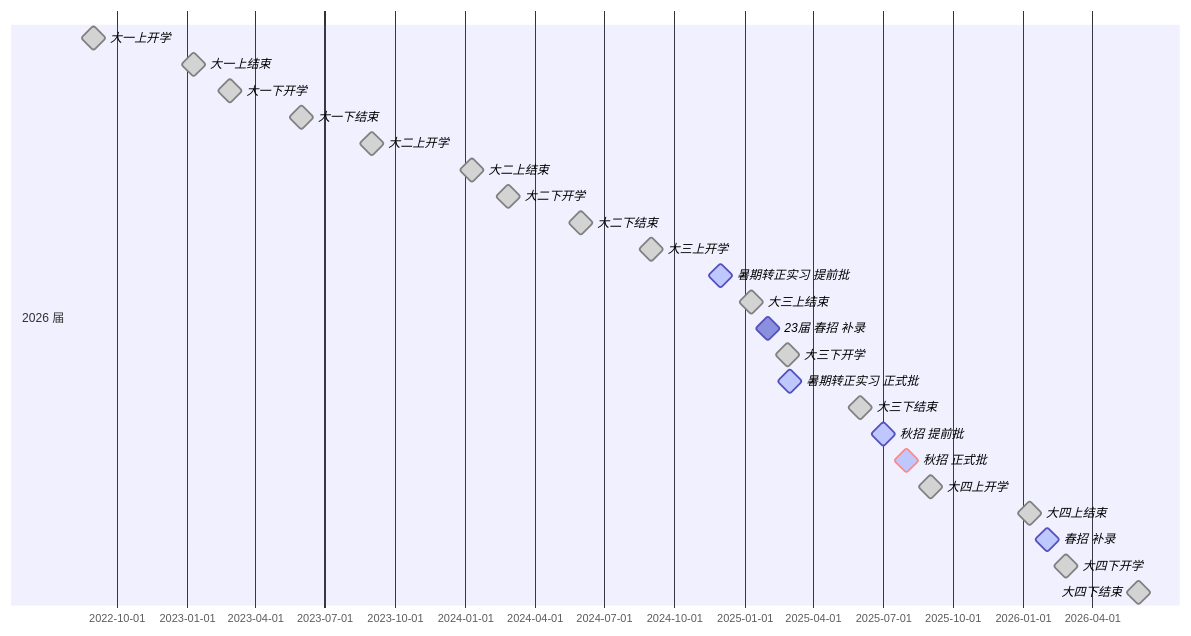
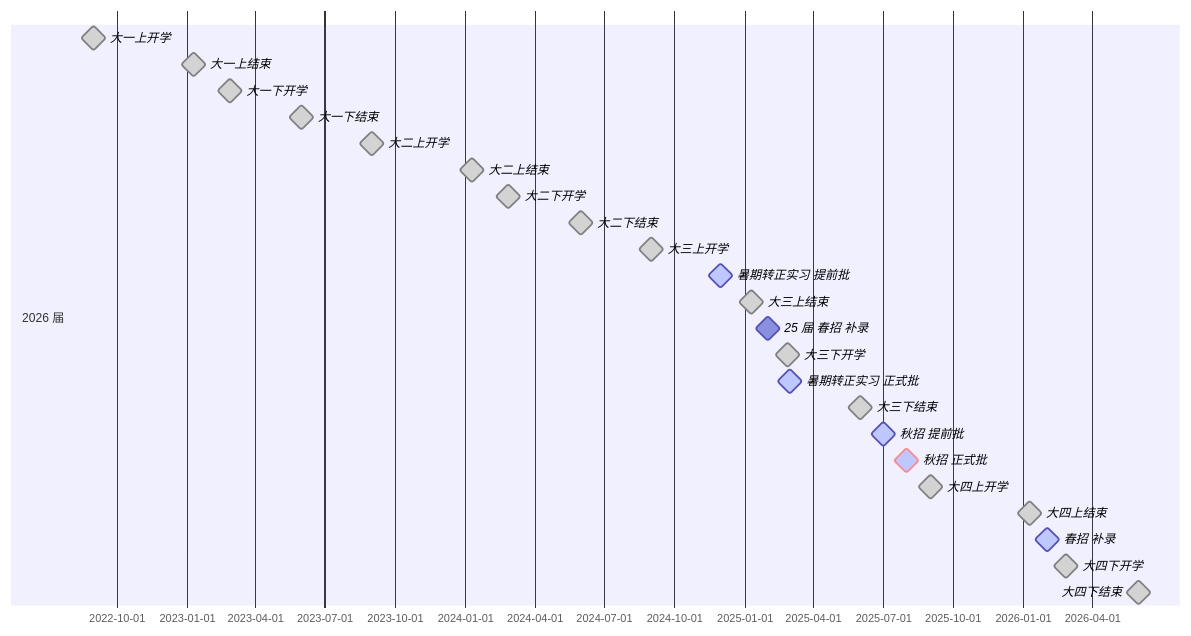
The third of 3 diagrams in 专题/【长线】实时关注招聘.md (james-curtis/public-diary), drawn with Mermaid before and after one commit. The commit also changed other lines of this file, not shown here.

````diff
--- a/专题/【长线】实时关注招聘.md
+++ b/专题/【长线】实时关注招聘.md
@@ -137,45 +137,45 @@
 ```mermaid
 gantt
     dateFormat  YYYY-MM-DD
 
     section 2026 届
     大一上开学      :milestone, done, 2022-09-01, 0d
 
     大一上结束      :milestone, done, 2023-01-10, 0d
     大一下开学      :milestone, done, 2023-02-26, 0d
     大一下结束      :milestone, done, 2023-06-01, 0d
     大二上开学      :milestone, done, 2023-09-01, 0d
 
     大二上结束      :milestone, done, 2024-01-10, 0d
     大二下开学      :milestone, done, 2024-02-26, 0d
     大二下结束      :milestone, done, 2024-06-01, 0d
     大三上开学      :milestone, done, 2024-09-01, 0d
 
     %% 招聘
     暑期转正实习 提前批 :milestone, active, 2024-12-01, 0d
     %% 招聘
 
     大三上结束      :milestone, done, 2025-01-10, 0d
     %% 招聘
-    23届 春招 补录    :milestone, 2025-02-01, 0d
+    25 届 春招 补录    :milestone, 2025-02-01, 0d
     %% 招聘
     大三下开学      :milestone, done, 2025-02-26, 0d
     %% 招聘
     暑期转正实习 正式批 :milestone, active, 2025-03-01, 0d
     %% 招聘
     大三下结束      :milestone, done, 2025-06-01, 0d
     %% 招聘
     秋招 提前批     :milestone, active, 2025-07-01, 0d
     秋招 正式批     :milestone, active, crit, 2025-08-01, 0d
     %% 招聘
     大四上开学      :milestone, done, 2025-09-01, 0d
 
     大四上结束      :milestone, done, 2026-01-10, 0d
     %% 招聘
     春招 补录       :milestone, active, 2026-02-01, 0d
     %% 招聘
     大四下开学      :milestone, done, 2026-02-26, 0d
     大四下结束      :milestone, done, 2026-06-01, 0d
 
     %% 其他
 ```
````
